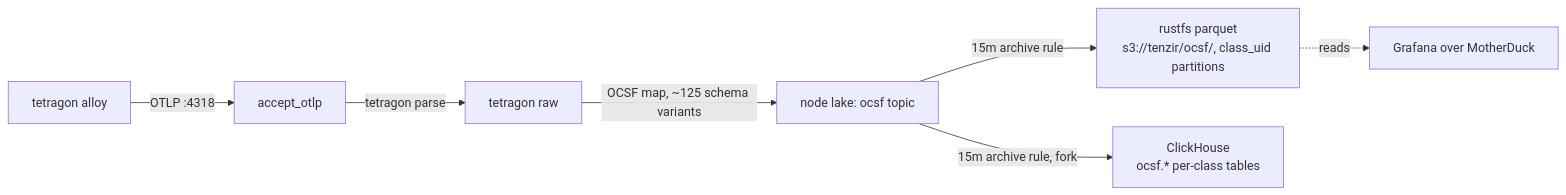
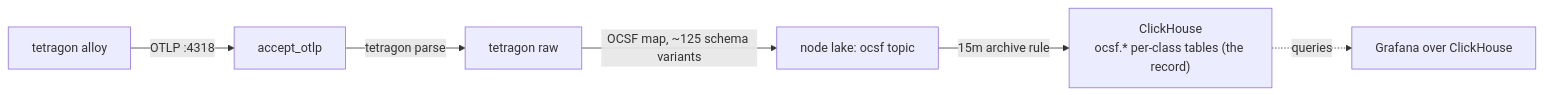
One commit to Apocrathia/homelab changed the diagram in flux/manifests/03-services/observability/tenzir/nodes/tetragon/README.md. Above: the diagram before and after it, drawn with Mermaid. The commit also changed other lines of this file and 20 other files, not shown here.

First line of the commit message:
feat(tenzir): retire the duckdb/parquet lane, clickhouse is the sole archive (MR-5)

````diff
--- a/flux/manifests/03-services/observability/tenzir/nodes/tetragon/README.md
+++ b/flux/manifests/03-services/observability/tenzir/nodes/tetragon/README.md
@@ -26,9 +26,8 @@
 ```mermaid
 flowchart LR
     TT[tetragon alloy] -->|"OTLP :4318"| AO[accept_otlp]
     AO -->|"tetragon parse"| TR["tetragon raw"]
     TR -->|"OCSF map, ~125 schema variants"| LAKE["node lake: ocsf topic"]
-    LAKE -->|"15m archive rule"| S3["rustfs parquet<br/>s3://tenzir/ocsf/, class_uid partitions"]
-    LAKE -->|"15m archive rule, fork"| CH["ClickHouse<br/>ocsf.* per-class tables"]
-    S3 -.->|"reads"| GRAF["Grafana over MotherDuck"]
+    LAKE -->|"15m archive rule"| CH["ClickHouse<br/>ocsf.* per-class tables (the record)"]
+    CH -.->|"queries"| GRAF["Grafana over ClickHouse"]
 ```
````
